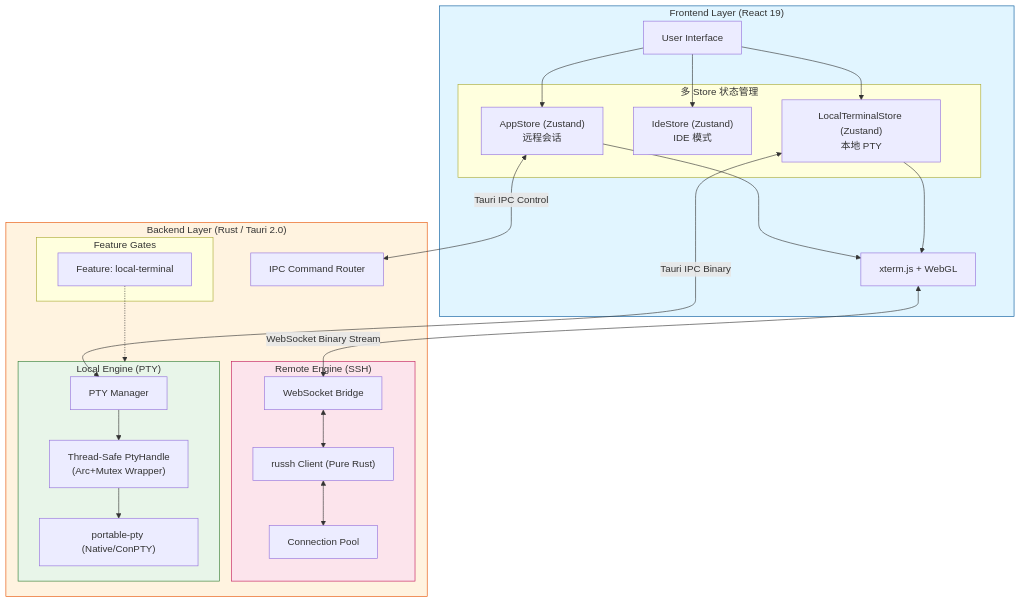
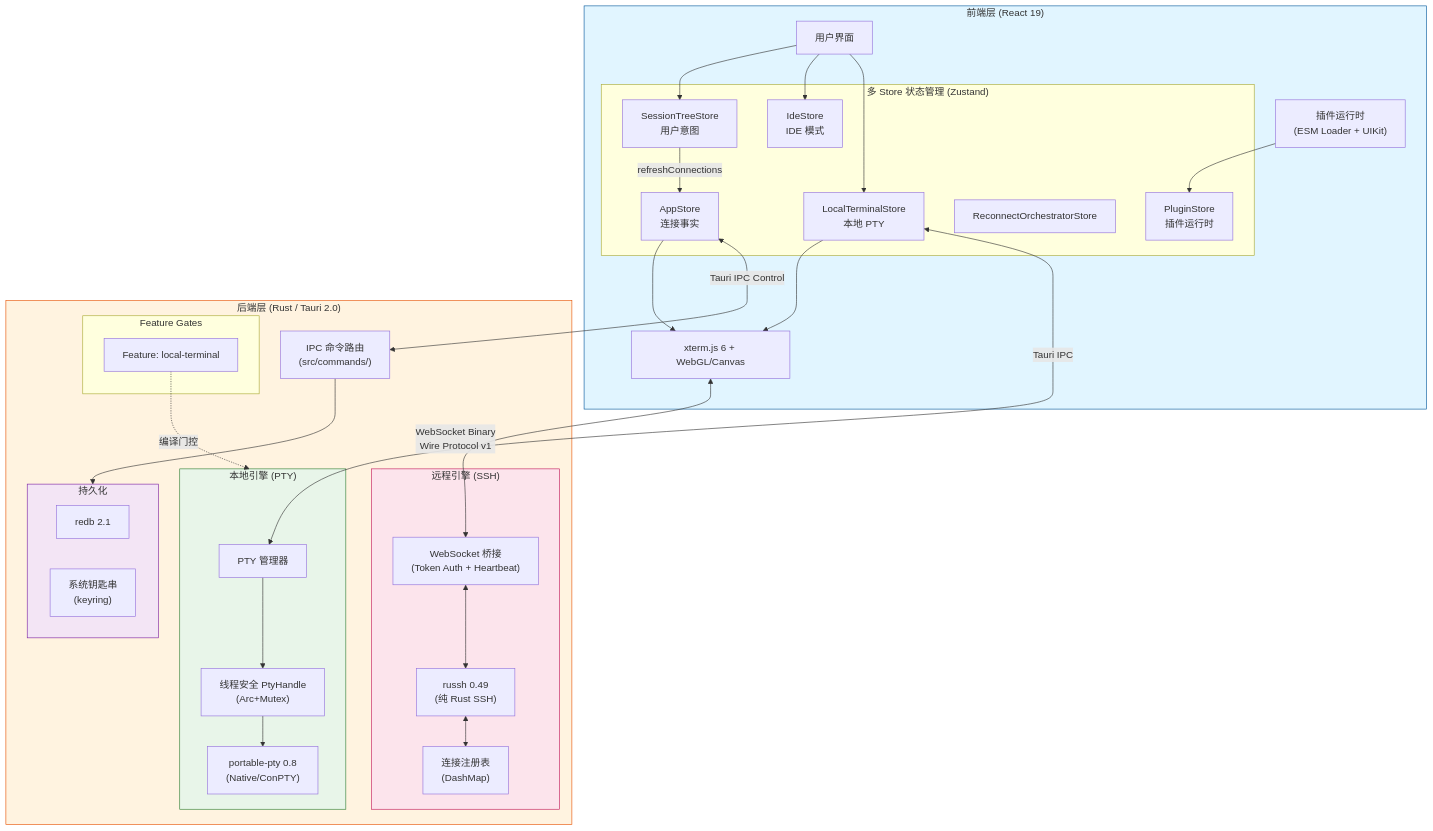
The diagram in README.zh-CN.md (AnalyseDeCircuit/OxideTerm), drawn with Mermaid before and after one commit. The commit also changed other lines of this file and 13 other files, not shown here.

````diff
--- a/README.zh-CN.md
+++ b/README.zh-CN.md
@@ -55,55 +58,68 @@
 ```mermaid
 flowchart TB
-    subgraph Frontend ["Frontend Layer (React 19)"]
-        UI[User Interface]
-        
-        subgraph Stores ["多 Store 状态管理"]
-            RemoteStore["AppStore (Zustand)<br/>远程会话"]
-            IdeStore["IdeStore (Zustand)<br/>IDE 模式"]
-            LocalStore["LocalTerminalStore (Zustand)<br/>本地 PTY"]
+    subgraph Frontend ["前端层 (React 19)"]
+        UI[用户界面]
+
+        subgraph Stores ["多 Store 状态管理 (Zustand)"]
+            TreeStore["SessionTreeStore<br/>用户意图"]
+            AppStore["AppStore<br/>连接事实"]
+            IdeStore["IdeStore<br/>IDE 模式"]
+            LocalStore["LocalTerminalStore<br/>本地 PTY"]
+            ReconnectStore["ReconnectOrchestratorStore"]
+            PluginStore["PluginStore<br/>插件运行时"]
         end
-        
-        Terminal["xterm.js + WebGL"]
-        
-        UI --> RemoteStore
+
+        Terminal["xterm.js 6 + WebGL/Canvas"]
+        PluginRT["插件运行时<br/>(ESM Loader + UIKit)"]
+
+        UI --> TreeStore
+        TreeStore -->|refreshConnections| AppStore
         UI --> IdeStore
         UI --> LocalStore
-        RemoteStore --> Terminal
+        AppStore --> Terminal
         LocalStore --> Terminal
+        PluginRT --> PluginStore
     end
 
-    subgraph Backend ["Backend Layer (Rust / Tauri 2.0)"]
-        Router["IPC Command Router"]
-        
+    subgraph Backend ["后端层 (Rust / Tauri 2.0)"]
+        Router["IPC 命令路由<br/>(src/commands/)"]
+
         subgraph Features ["Feature Gates"]
             LocalFeat["Feature: local-terminal"]
         end
 
-        subgraph RemoteEngine ["Remote Engine (SSH)"]
-            WS["WebSocket Bridge"]
-            SSH["russh Client (Pure Rust)"]
-            Pool["Connection Pool"]
+        subgraph RemoteEngine ["远程引擎 (SSH)"]
+            WS["WebSocket 桥接<br/>(Token Auth + Heartbeat)"]
+            SSH["russh 0.49<br/>(纯 Rust SSH)"]
+            Pool["连接注册表<br/>(DashMap)"]
         end
 
-        subgraph LocalEngine ["Local Engine (PTY)"]
-            PtyMgr["PTY Manager"]
-            PtyHandle["Thread-Safe PtyHandle<br/>(Arc+Mutex Wrapper)"]
-            NativePTY["portable-pty (Native/ConPTY)"]
+        subgraph LocalEngine ["本地引擎 (PTY)"]
+            PtyMgr["PTY 管理器"]
+            PtyHandle["线程安全 PtyHandle<br/>(Arc+Mutex)"]
+            NativePTY["portable-pty 0.8<br/>(Native/ConPTY)"]
+        end
+
+        subgraph Storage ["持久化"]
+            Redb["redb 2.1"]
+            Keychain["系统钥匙串<br/>(keyring)"]
         end
     end
 
-    %% Data Flows
-    LocalStore <-->|Tauri IPC Binary| PtyMgr
+    %% 数据流
+    LocalStore <-->|Tauri IPC| PtyMgr
     PtyMgr --> PtyHandle --> NativePTY
-    
-    RemoteStore <-->|Tauri IPC Control| Router
-    Terminal <-->|WebSocket Binary Stream| WS
+
+    AppStore <-->|Tauri IPC Control| Router
+    Terminal <-->|WebSocket Binary<br/>Wire Protocol v1| WS
     WS <--> SSH <--> Pool
-    
-    LocalFeat -.-> LocalEngine
-    
+
+    Router --> Storage
+    LocalFeat -.->|编译门控| LocalEngine
+
     style Frontend fill:#e1f5ff,stroke:#01579b
     style Backend fill:#fff3e0,stroke:#e65100
     style LocalEngine fill:#e8f5e9,stroke:#2e7d32
     style RemoteEngine fill:#fce4ec,stroke:#c2185b
+    style Storage fill:#f3e5f5,stroke:#7b1fa2
 ```
````
